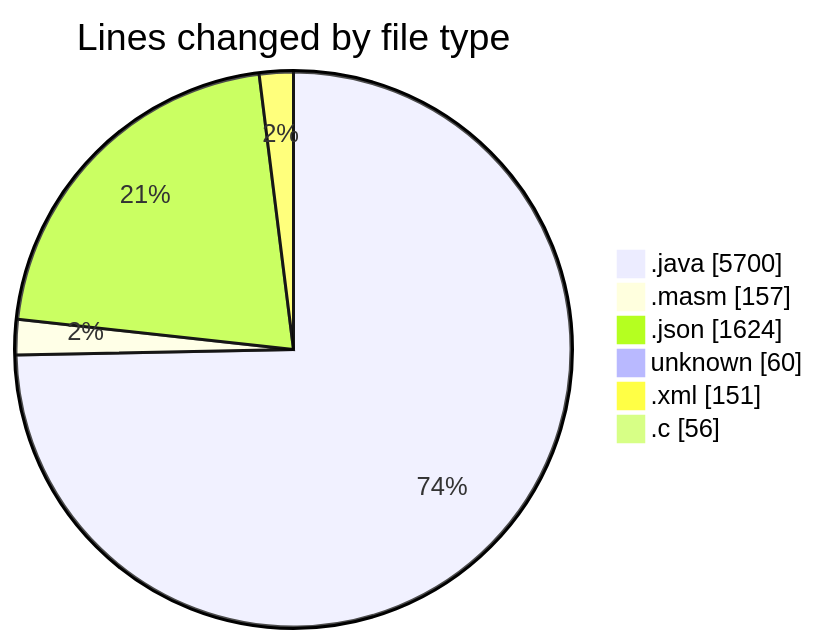
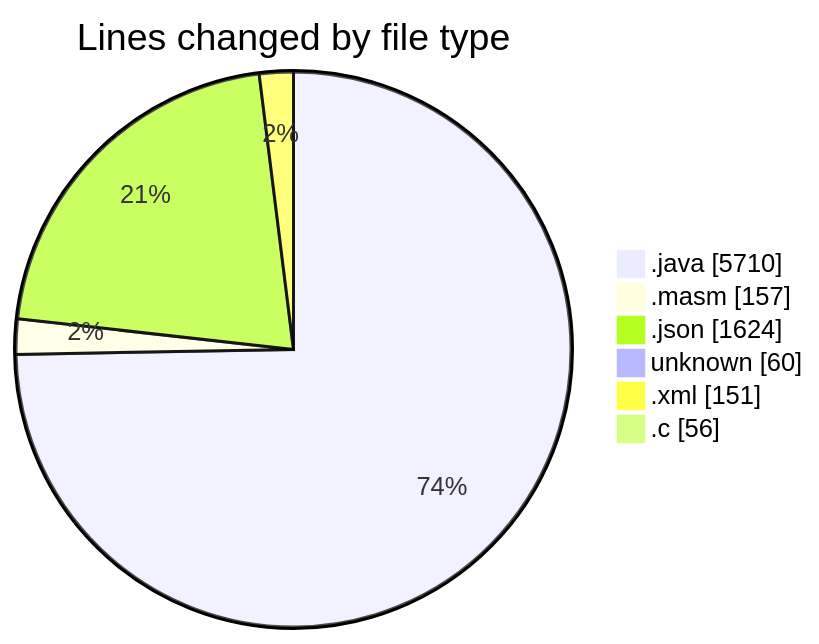
Before and after one commit to charlie-sans/code-tracking: the first of 2 diagrams in 2025-02-19/masm/README.md, drawn with Mermaid. The commit also changed other lines of this file and 1 other file, not shown here.

````diff
--- a/2025-02-19/masm/README.md
+++ b/2025-02-19/masm/README.md
@@ -45,10 +45,10 @@
 ```mermaid
 pie showData
 title Lines changed by file type
-".java" : 5700
+".java" : 5710
 ".masm" : 157
 ".json" : 1624
 "unknown" : 60
 ".xml" : 151
 ".c" : 56
 ```
````
